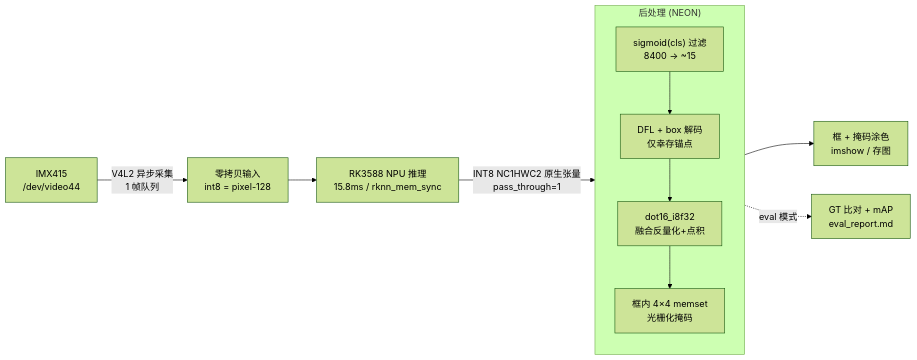
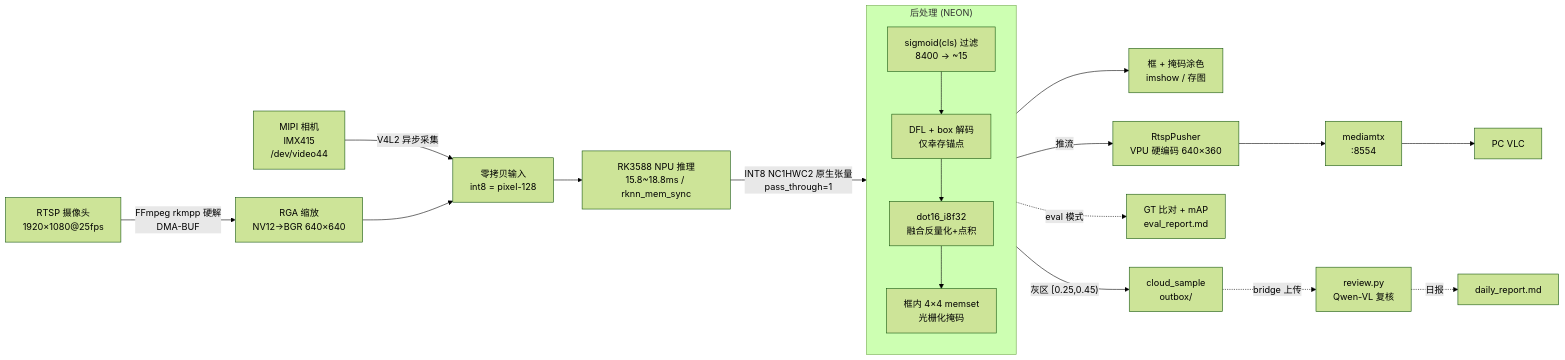
Before and after one commit to Telepath-LXR/rk3588-yolov8-seg-crack: the first of 2 diagrams in README.md, drawn with Mermaid (forest theme). The commit also changed other lines of this file, not shown here.

````diff
--- a/README.md
+++ b/README.md
@@ -114,14 +157,20 @@
 ```mermaid
 flowchart LR
-    A["IMX415<br/>/dev/video44"] -->|"V4L2 异步采集<br/>1 帧队列"| B["零拷贝输入<br/>int8 = pixel-128"]
-    B --> C["RK3588 NPU 推理<br/>15.8ms / rknn_mem_sync"]
-    C -->|"INT8 NC1HWC2 原生张量<br/>pass_through=1"| D["filter-first 后处理<br/>0.6ms"]
+    A1["MIPI 相机<br/>IMX415<br/>/dev/video44"] -->|"V4L2 异步采集"| B["零拷贝输入<br/>int8 = pixel-128"]
+    A2["RTSP 摄像头<br/>1920×1080@25fps"] -->|"FFmpeg rkmpp 硬解<br/>DMA-BUF"| RGA["RGA 缩放<br/>NV12→BGR 640×640"]
+    RGA --> B
+    B --> C["RK3588 NPU 推理<br/>15.8~18.8ms / rknn_mem_sync"]
+    C -->|"INT8 NC1HWC2 原生张量<br/>pass_through=1"| D["filter-first 后处理<br/>0.6~2.9ms"]
     D --> E["框 + 掩码涂色<br/>imshow / 存图"]
+    D -->|"推流"| PUSH["RtspPusher<br/>VPU 硬编码 640×360"] --> MTX["mediamtx<br/>:8554"] --> PC["PC VLC"]
     D -.->|"eval 模式"| F["GT 比对 + mAP<br/>eval_report.md"]
+    D -->|"灰区 [0.25,0.45)"| CS["cloud_sample<br/>outbox/"]
+    CS -.->|"bridge 上传"| CLOUD["review.py<br/>Qwen-VL 复核"]
+    CLOUD -.->|"日报"| RPT["daily_report.md"]
 
     subgraph D ["后处理 (NEON)"]
         D1["sigmoid(cls) 过滤<br/>8400 → ~15"] --> D2["DFL + box 解码<br/>仅幸存锚点"]
         D2 --> D3["dot16_i8f32<br/>融合反量化+点积"]
         D3 --> D4["框内 4×4 memset<br/>光栅化掩码"]
     end
 ```
````
